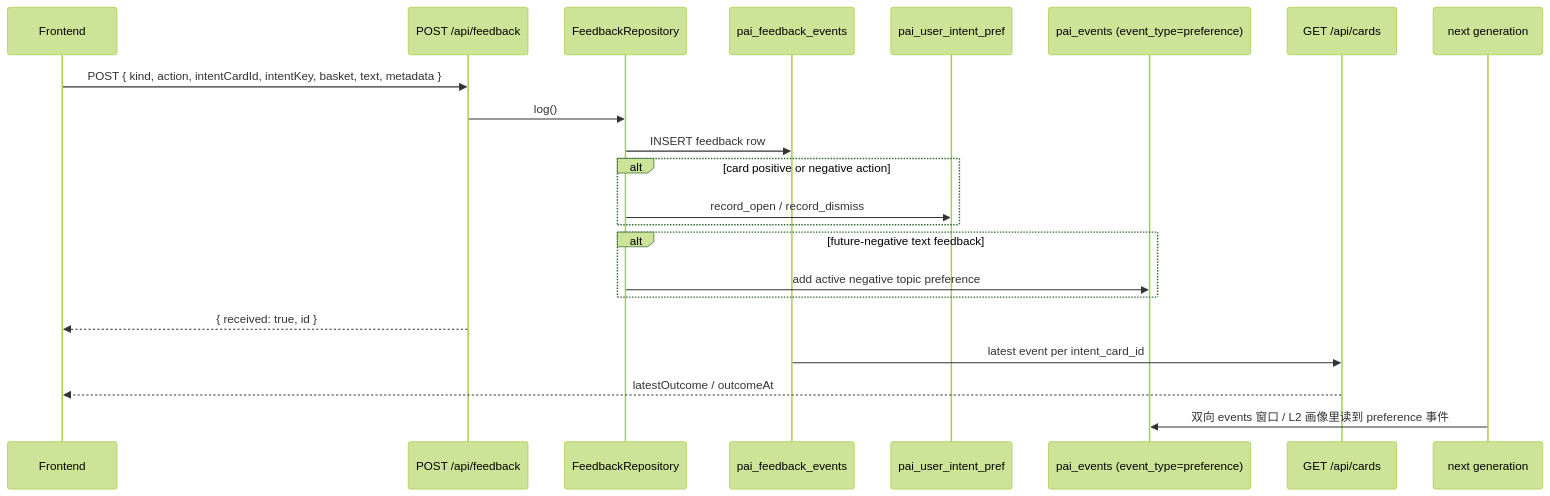
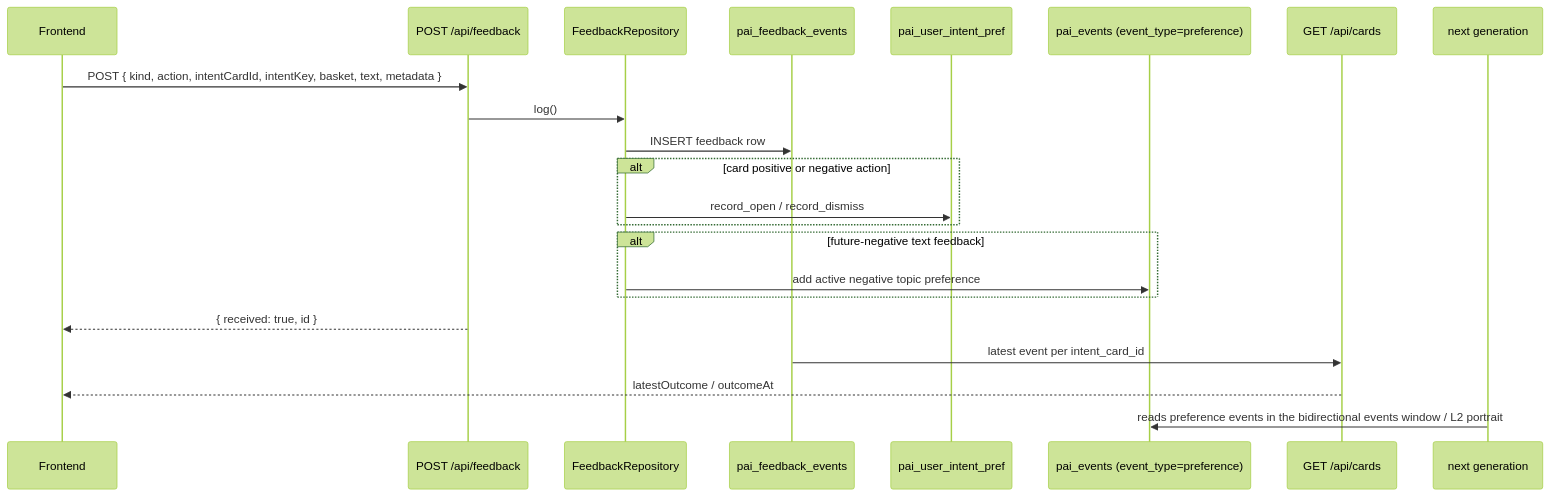
Before and after one commit to Edge-AI-HQ/proactive-assistant: the second of 2 diagrams in docs/modules/feedback.mdx, drawn with Mermaid (forest theme). The commit also changed other lines of this file and 12 other files, not shown here.

````diff
--- a/docs/modules/feedback.mdx
+++ b/docs/modules/feedback.mdx
@@ -112,25 +112,25 @@
 ```mermaid
 sequenceDiagram
   participant UI as Frontend
   participant R as POST /api/feedback
   participant Repo as FeedbackRepository
   participant Events as pai_feedback_events
   participant FP as pai_user_intent_pref
   participant Prefs as pai_events (event_type=preference)
   participant Cards as GET /api/cards
   participant Gen as next generation
 
   UI->>R: POST { kind, action, intentCardId, intentKey, basket, text, metadata }
   R->>Repo: log()
   Repo->>Events: INSERT feedback row
   alt card positive or negative action
     Repo->>FP: record_open / record_dismiss
   end
   alt future-negative text feedback
     Repo->>Prefs: add active negative topic preference
   end
   R-->>UI: { received: true, id }
   Events->>Cards: latest event per intent_card_id
   Cards-->>UI: latestOutcome / outcomeAt
-  Gen->>Prefs: 双向 events 窗口 / L2 画像里读到 preference 事件
+  Gen->>Prefs: reads preference events in the bidirectional events window / L2 portrait
 ```
````
